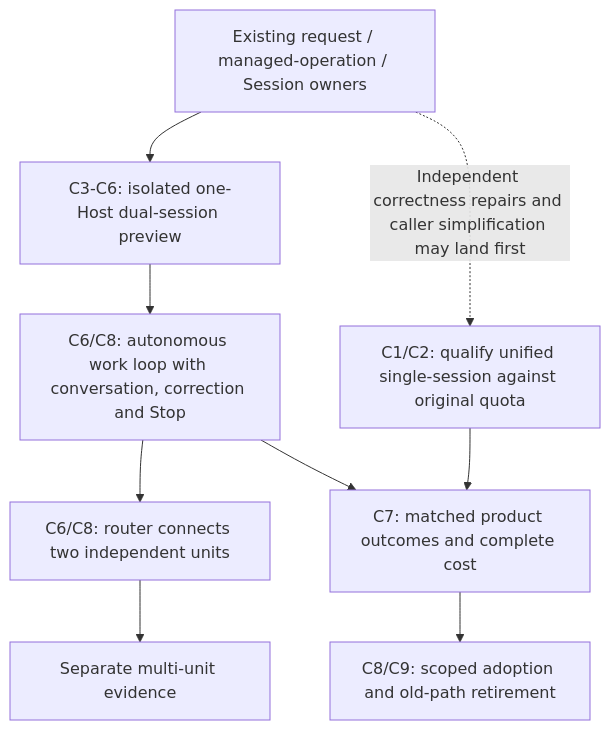
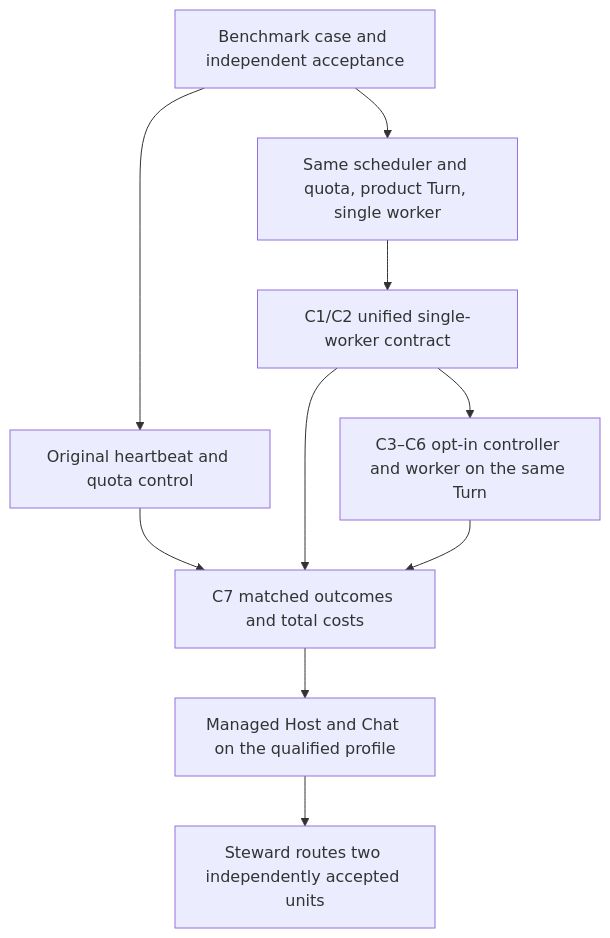
Before and after one commit to loopx-project/loopx: the ninth of 9 diagrams in docs/architecture/rfcs/controller-executor-unified-contract-v0.md, drawn with Mermaid. The commit also changed other lines of this file and 1 other file, not shown here.

Commit message:
Qualify public Turn through standard heartbeat before product adoption

````diff
--- a/docs/architecture/rfcs/controller-executor-unified-contract-v0.md
+++ b/docs/architecture/rfcs/controller-executor-unified-contract-v0.md
@@ -982,11 +982,12 @@
 ```mermaid
 flowchart TB
-  C1[C1/C2: qualify unified single-session against original quota] --> E[C7: matched product outcomes and complete cost]
-  F[Existing request / managed-operation / Session owners] --> U[C3-C6: isolated one-Host dual-session preview]
-  U --> I[C6/C8: autonomous work loop with conversation, correction and Stop]
-  I --> R[C6/C8: router connects two independent units]
-  I --> E
-  R --> M[Separate multi-unit evidence]
-  E --> Q[C8/C9: scoped adoption and old-path retirement]
-  F -.Independent correctness repairs and caller simplification may land first.-> C1
+  B[Benchmark case and independent acceptance] --> H[Original heartbeat and quota control]
+  B --> T[Same scheduler and quota, product Turn, single worker]
+  T --> U[C1/C2 unified single-worker contract]
+  U --> D[C3–C6 opt-in controller and worker on the same Turn]
+  H --> E[C7 matched outcomes and total costs]
+  U --> E
+  D --> E
+  E --> P[Managed Host and Chat on the qualified profile]
+  P --> R[Steward routes two independently accepted units]
 ```
````
